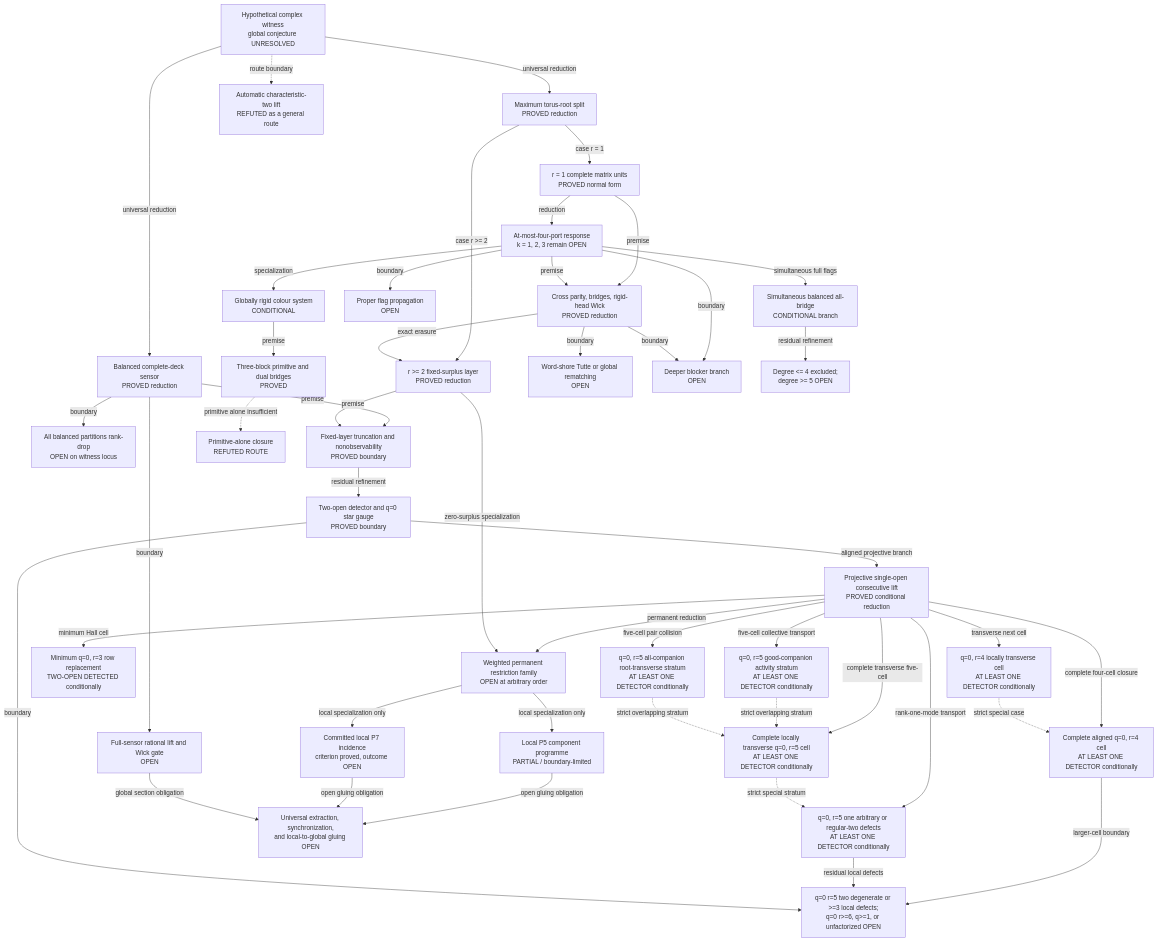
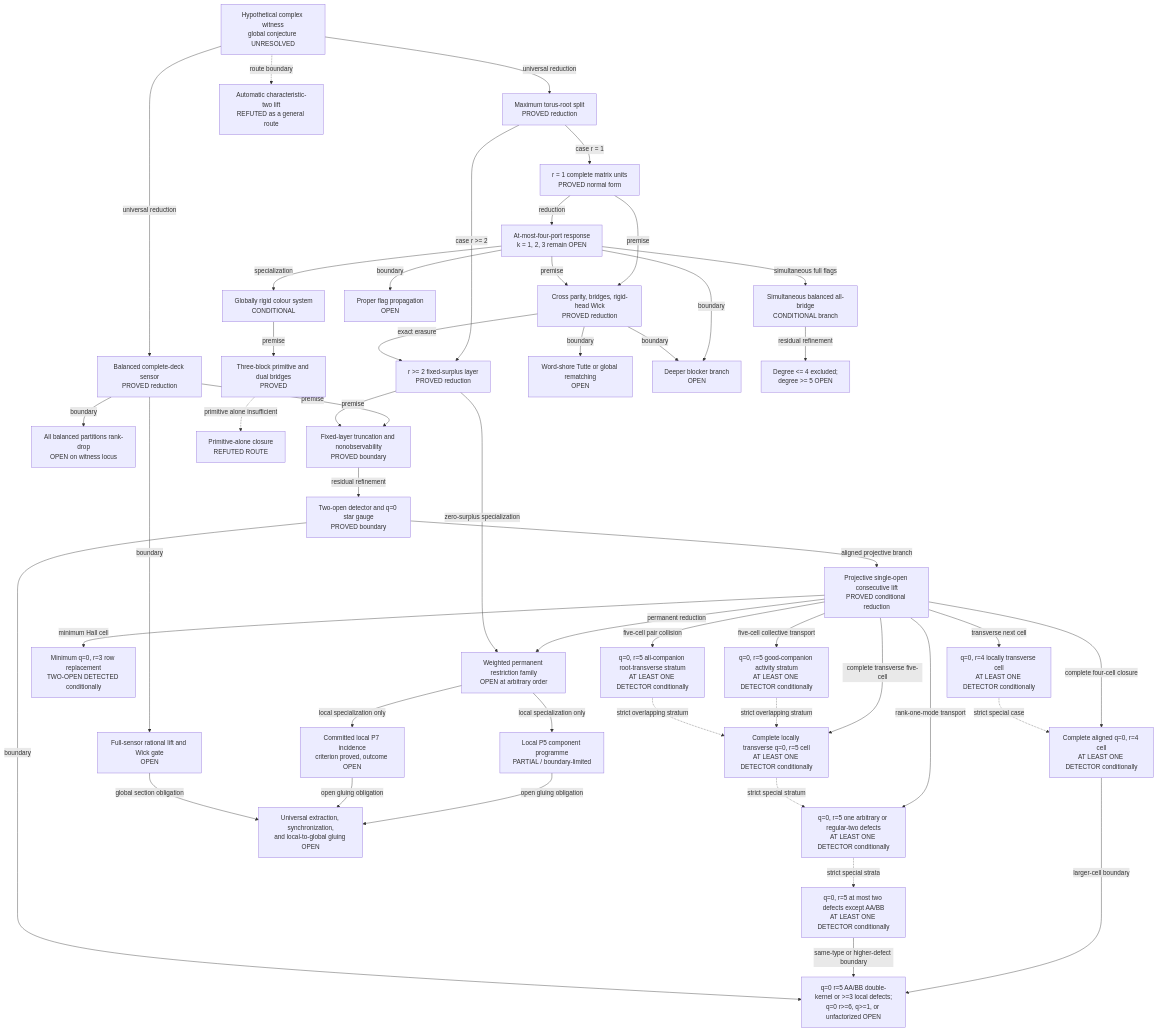
Before and after one commit to YesterdaysLemon/krenn-gu-research: the diagram in docs/current-frontier.md, drawn with Mermaid. The commit also changed other lines of this file and 6 other files, not shown here.

First line of the commit message:
Detect mixed degenerate five-cell defects (#92)

```diff
--- a/docs/current-frontier.md
+++ b/docs/current-frontier.md
@@ -61,7 +61,8 @@
   O2A["q=0, r=5 all-companion root-transverse stratum<br/>AT LEAST ONE DETECTOR conditionally"]
   O2C["Complete locally transverse q=0, r=5 cell<br/>AT LEAST ONE DETECTOR conditionally"]
   O2D["q=0, r=5 one arbitrary or regular-two defects<br/>AT LEAST ONE DETECTOR conditionally"]
-  O3["q=0 r=5 two degenerate or >=3 local defects;<br/>q=0 r>=6, q>=1, or unfactorized OPEN"]
+  O2E["q=0, r=5 at most two defects except AA/BB<br/>AT LEAST ONE DETECTOR conditionally"]
+  O3["q=0 r=5 AA/BB double-kernel or >=3 local defects;<br/>q=0 r>=6, q>=1, or unfactorized OPEN"]
 
   U1["r = 1 complete matrix units<br/>PROVED normal form"]
   U2["At-most-four-port response<br/>k = 1, 2, 3 remain OPEN"]
@@ -104,8 +105,9 @@
   O2V -. strict overlapping stratum .-> O2C
   O2A -. strict overlapping stratum .-> O2C
   O2C -. strict special stratum .-> O2D
+  O2D -. strict special strata .-> O2E
   O2F -->|larger-cell boundary| O3
-  O2D -->|residual local defects| O3
+  O2E -->|same-type or higher-defect boundary| O3
   O2 -->|boundary| O3
   M2 -->|zero-surplus specialization| PR
 
```
